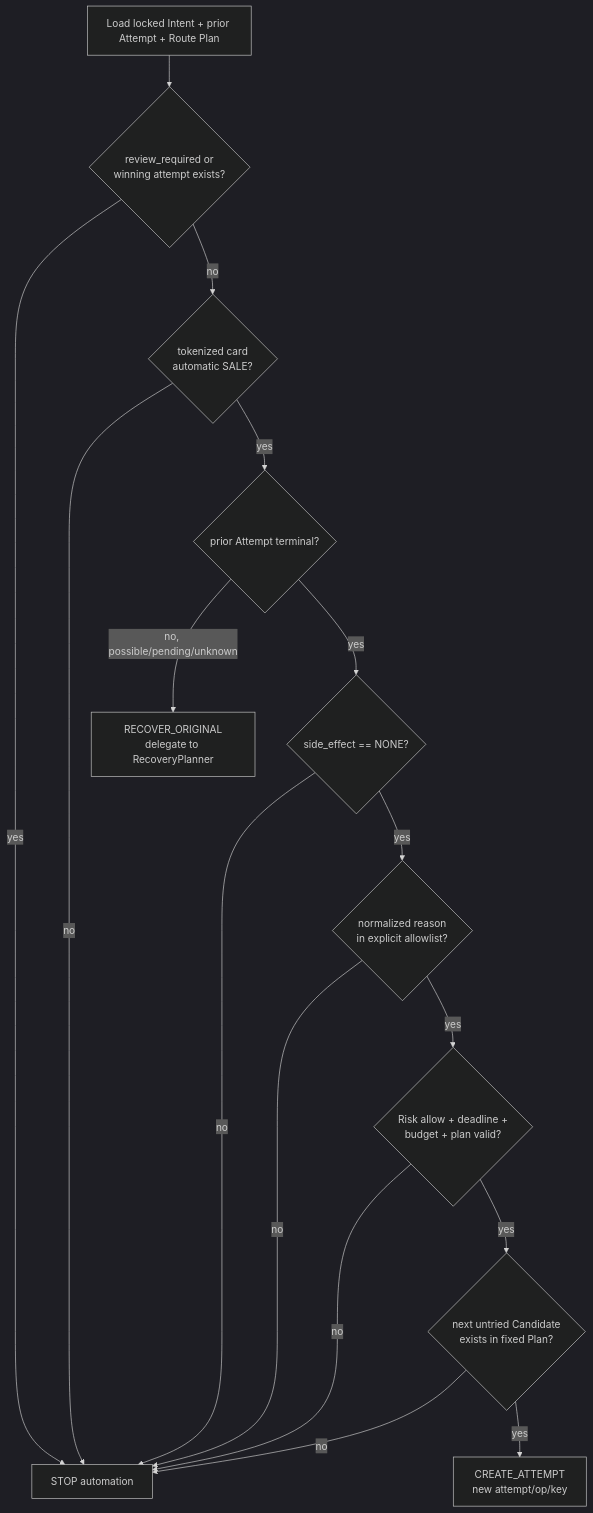
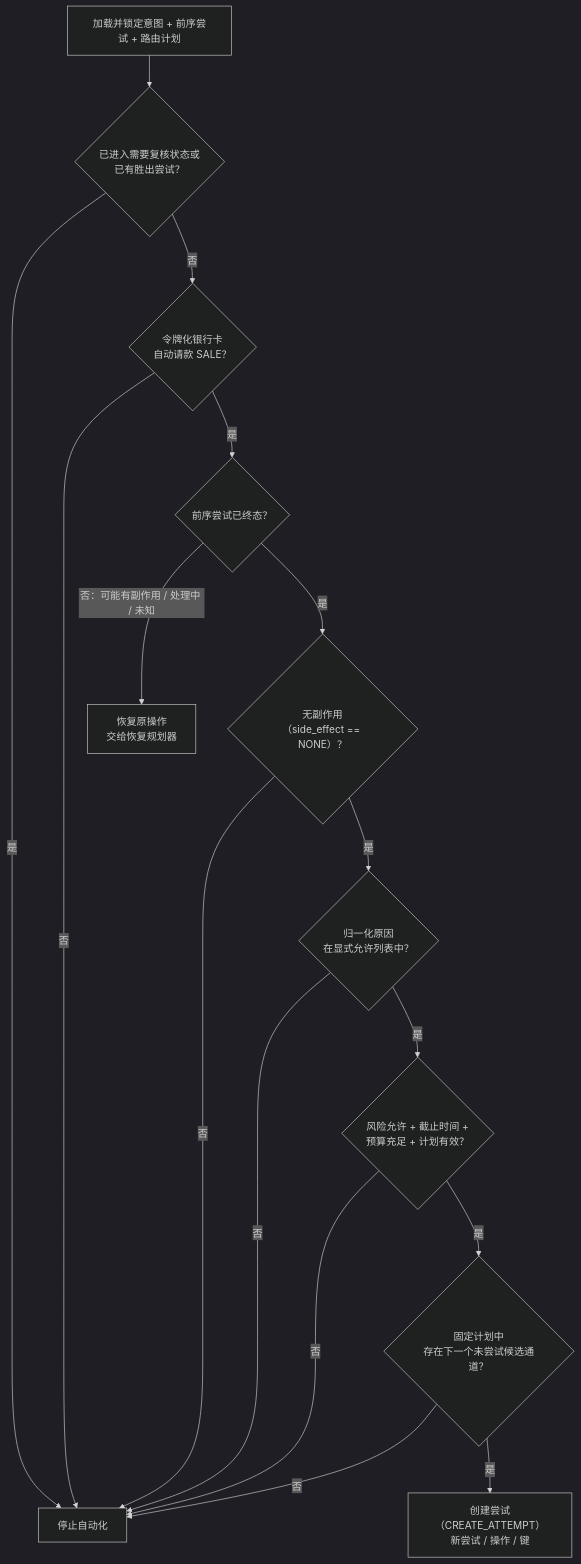
Before and after one commit to YouEclipse/Designing-Modern-Payment-Systems: the third of 4 diagrams in part-3-reliability/fallback-routing.md, drawn with Mermaid (dark theme). The commit also changed other lines of this file and 59 other files, not shown here.

````diff
--- a/part-3-reliability/fallback-routing.md
+++ b/part-3-reliability/fallback-routing.md
@@ -187,18 +187,18 @@
 ```mermaid
 flowchart TB
-    Start["Load locked Intent + prior Attempt + Route Plan"] --> Integrity{"review_required or<br/>winning attempt exists?"}
-    Integrity -->|"yes"| Stop["STOP automation"]
-    Integrity -->|"no"| Kind{"tokenized card<br/>automatic SALE?"}
-    Kind -->|"no"| Stop
-    Kind -->|"yes"| Terminal{"prior Attempt terminal?"}
-    Terminal -->|"no, possible/pending/unknown"| Recover["RECOVER_ORIGINAL<br/>delegate to RecoveryPlanner"]
-    Terminal -->|"yes"| Certainty{"side_effect == NONE?"}
-    Certainty -->|"no"| Stop
-    Certainty -->|"yes"| Allow{"normalized reason<br/>in explicit allowlist?"}
-    Allow -->|"no"| Stop
-    Allow -->|"yes"| Guard{"Risk allow + deadline +<br/>budget + plan valid?"}
-    Guard -->|"no"| Stop
-    Guard -->|"yes"| Candidate{"next untried Candidate<br/>exists in fixed Plan?"}
-    Candidate -->|"no"| Stop
-    Candidate -->|"yes"| Create["CREATE_ATTEMPT<br/>new attempt/op/key"]
+    Start["加载并锁定意图 + 前序尝试 + 路由计划"] --> Integrity{"已进入需要复核状态或<br/>已有胜出尝试？"}
+    Integrity -->|"是"| Stop["停止自动化"]
+    Integrity -->|"否"| Kind{"令牌化银行卡<br/>自动请款 SALE？"}
+    Kind -->|"否"| Stop
+    Kind -->|"是"| Terminal{"前序尝试已终态？"}
+    Terminal -->|"否：可能有副作用 / 处理中 / 未知"| Recover["恢复原操作<br/>交给恢复规划器"]
+    Terminal -->|"是"| Certainty{"无副作用<br/>（side_effect == NONE）？"}
+    Certainty -->|"否"| Stop
+    Certainty -->|"是"| Allow{"归一化原因<br/>在显式允许列表中？"}
+    Allow -->|"否"| Stop
+    Allow -->|"是"| Guard{"风险允许 + 截止时间 +<br/>预算充足 + 计划有效？"}
+    Guard -->|"否"| Stop
+    Guard -->|"是"| Candidate{"固定计划中<br/>存在下一个未尝试候选通道？"}
+    Candidate -->|"否"| Stop
+    Candidate -->|"是"| Create["创建尝试（CREATE_ATTEMPT）<br/>新尝试 / 操作 / 键"]
 ```
````
